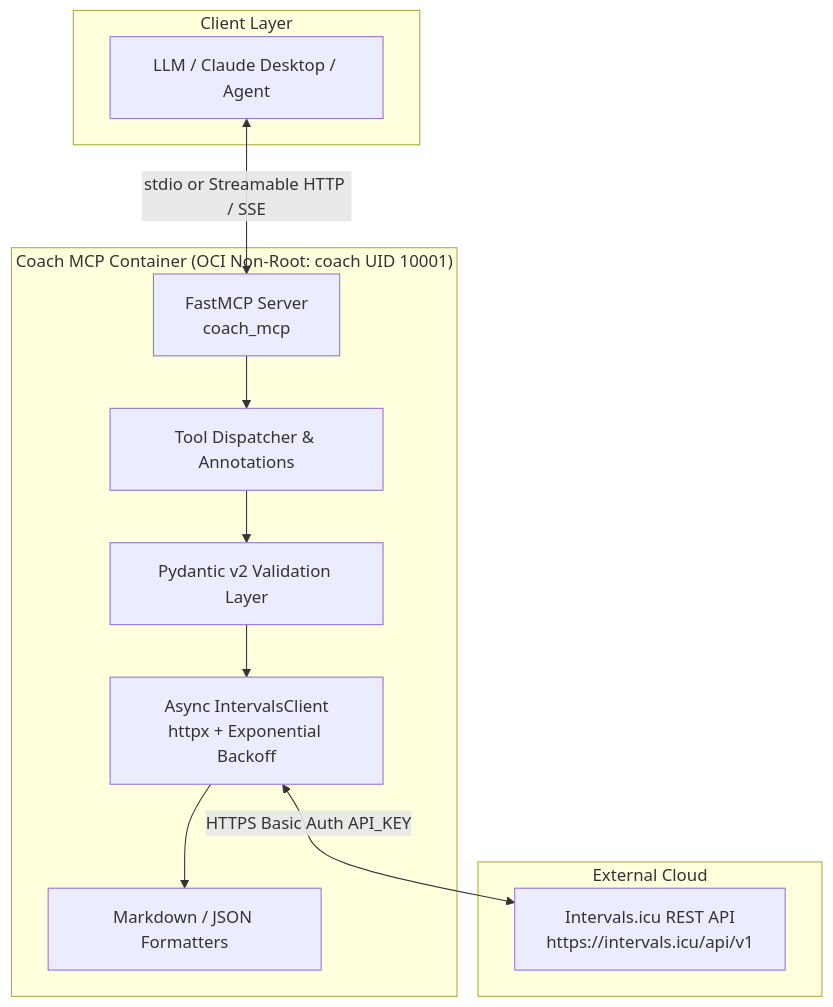
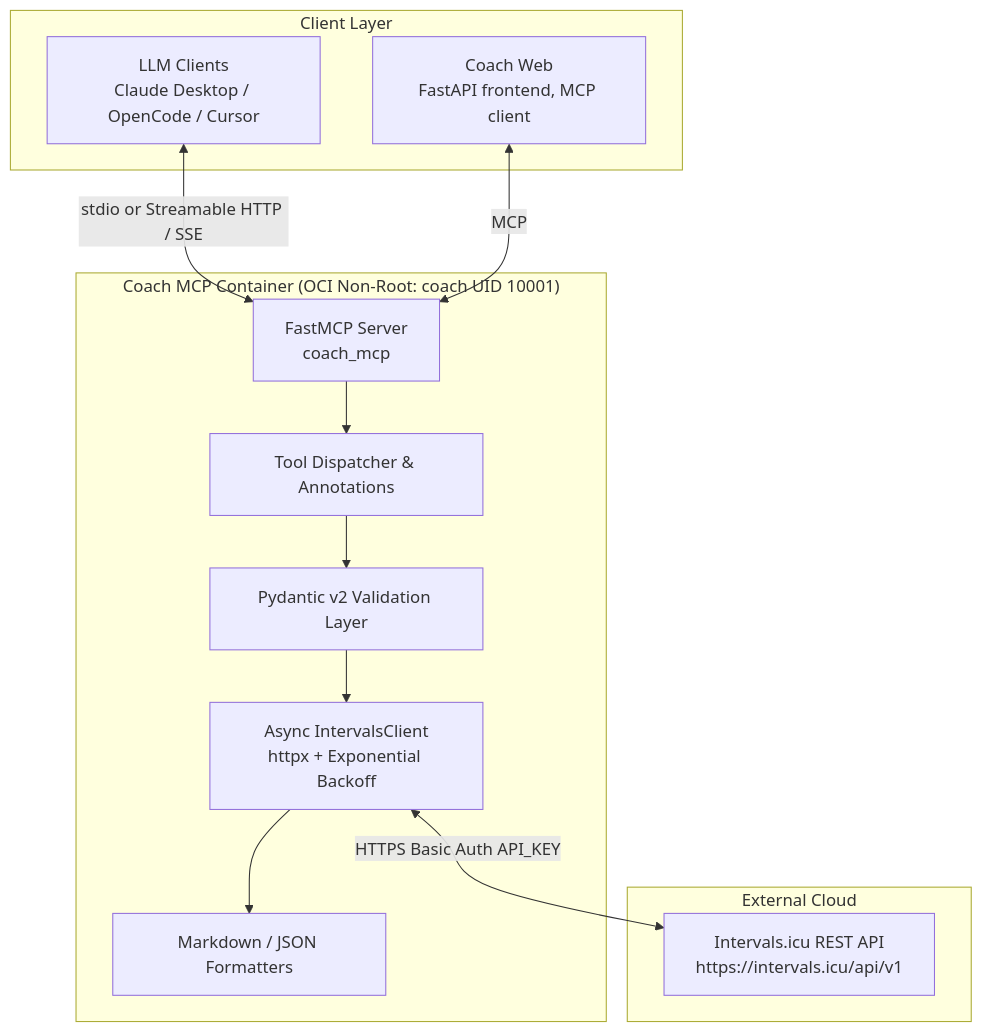
One commit to fpittelo/coach changed the diagram in README.md. Above: the diagram before and after it, drawn with Mermaid. The commit also changed other lines of this file and 4 other files, not shown here.

````diff
--- a/README.md
+++ b/README.md
@@ -16,26 +16,28 @@
 ```mermaid
 graph TD
     subgraph "Client Layer"
-        LLM[LLM / Claude Desktop / Agent]
+        LLM[LLM Clients<br/>Claude Desktop / OpenCode / Cursor]
+        COACH_WEB[Coach Web<br/>FastAPI frontend, MCP client]
     end
 
     subgraph "Coach MCP Container (OCI Non-Root: coach UID 10001)"
         MCP_SERVER[FastMCP Server<br/>coach_mcp]
         DISPATCH[Tool Dispatcher & Annotations]
         PYDANTIC[Pydantic v2 Validation Layer]
         CLIENT[Async IntervalsClient<br/>httpx + Exponential Backoff]
         FORMATTER[Markdown / JSON Formatters]
 
         MCP_SERVER --> DISPATCH
         DISPATCH --> PYDANTIC
         PYDANTIC --> CLIENT
         CLIENT --> FORMATTER
     end
 
     subgraph "External Cloud"
         INTERVALS[Intervals.icu REST API<br/>https://intervals.icu/api/v1]
     end
 
     LLM <-->|stdio or Streamable HTTP / SSE| MCP_SERVER
+    COACH_WEB <-->|MCP| MCP_SERVER
     CLIENT <-->|HTTPS Basic Auth API_KEY| INTERVALS
 ```
````
